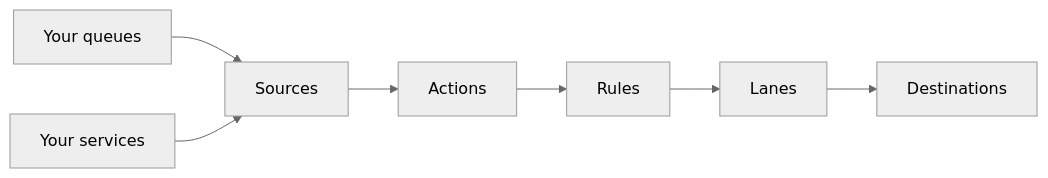
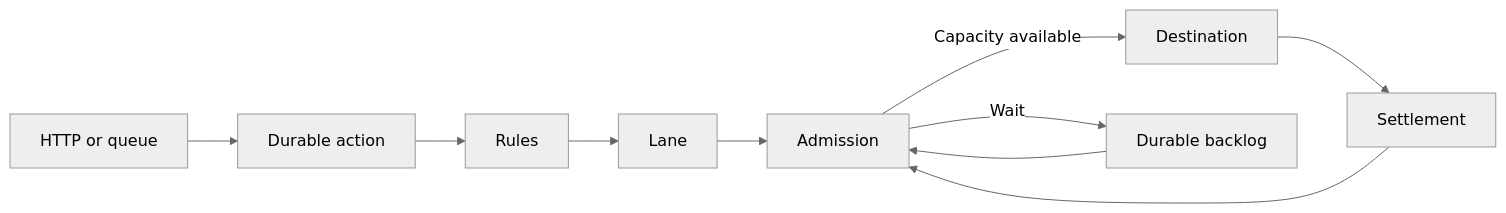
The diagram in fundamentals/overview.mdx (arklowsc/docs), drawn with Mermaid (neutral theme) before and after one commit. The commit also changed other lines of this file and 41 other files, not shown here.

````diff
--- a/fundamentals/overview.mdx
+++ b/fundamentals/overview.mdx
@@ -6,9 +10,12 @@
 ```mermaid actions={false}
 flowchart LR
-    Q[Your queues] --> S[Sources]
-    V[Your services] --> S
-    S --> A[Actions]
-    A --> R[Rules]
-    R --> L[Lanes]
-    L --> DST[Destinations]
+    S["HTTP or queue"] --> A["Durable action"]
+    A --> R["Rules"]
+    R --> L["Lane"]
+    L --> G["Admission"]
+    G -->|"Capacity available"| D["Destination"]
+    G -->|"Wait"| W["Durable backlog"]
+    W --> G
+    D --> O["Settlement"]
+    O --> G
 ```
````
